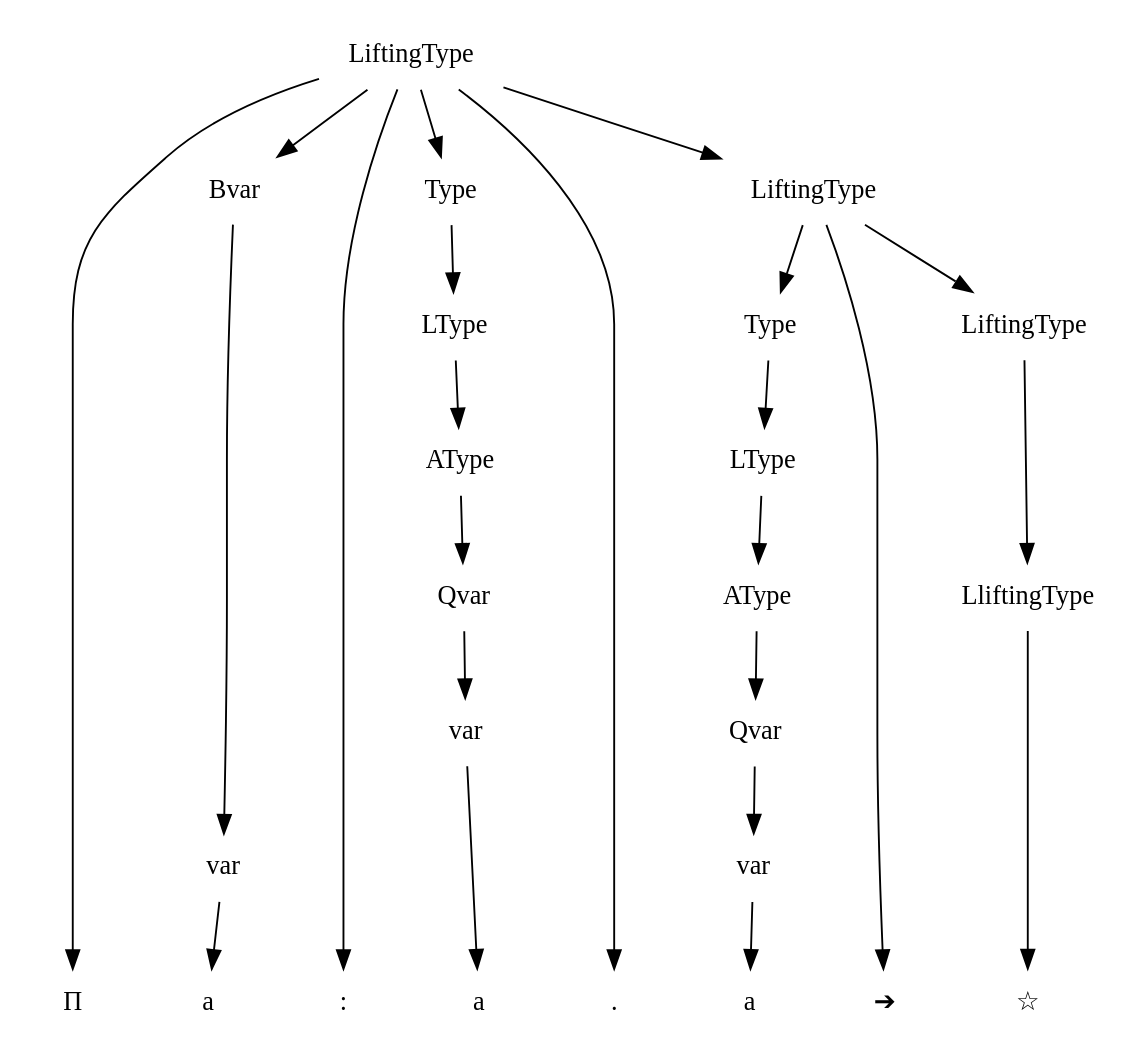
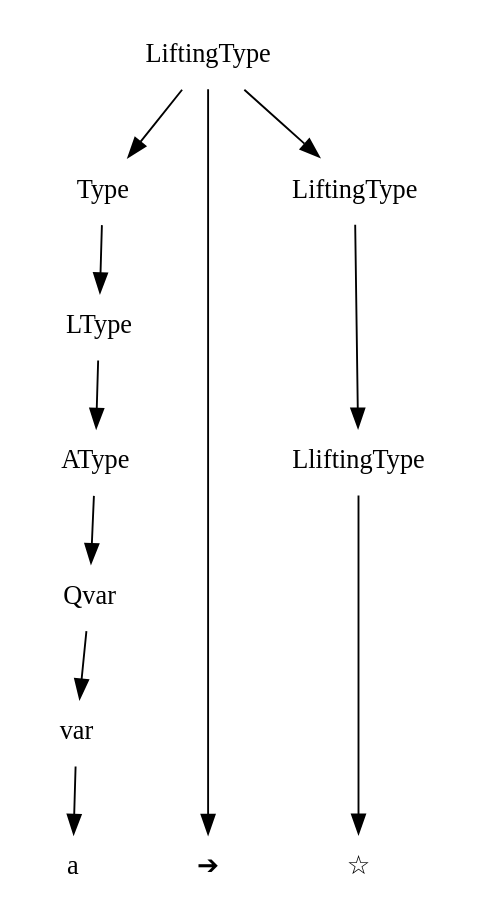
One commit to ernius/cedilleparser changed the diagram in doc/conflicts/derivation.dot. Above: the diagram before and after it, drawn with Graphviz. The commit also changed 8 other files, not shown here.

```diff
--- a/doc/conflicts/derivation.dot
+++ b/doc/conflicts/derivation.dot
@@ -1,40 +1,17 @@
 digraph G {
 
 node [shape=plaintext]
 
-LT1 -> {Π;Bvar;":";Type1;".",LT2}	  
-Bvar -> V1 -> a1
-Type1 -> LType1 -> AType1 -> Qvar1 -> V2 -> a2
 
-LT2 -> {Type2,"➔",LT3}
+LT1 -> {Type,"➔",LT2}
 
-Type2 -> LType2 -> AType2 -> Qvar2 -> V3 -> a3
+Type -> "LType" -> "AType" -> "Qvar" -> "var" -> "a"
 
-LT3 -> "LliftingType" -> "☆"
+LT2 -> "LliftingType" -> "☆"
 
-{rank=same;Π,a1,":",a2,".",a3,"➔","☆"}
+{rank=same;"a","➔","☆"}
 
 LT1 [label = "LiftingType"]
 LT2 [label = "LiftingType"]
-LT3 [label = "LiftingType"]
-
-V1  [label = "var"]
-V2  [label = "var"]
-V3  [label = "var"]
-
-Type1 [label = "Type"]
-Type2 [label = "Type"]
-
-LType1 [label = "LType"]
-LType2 [label = "LType"]
-AType1 [label = "AType"]
-AType2 [label = "AType"]
-Qvar1  [label = "Qvar"]
-Qvar2  [label = "Qvar"] 
-
-a1  [label = "a"]
-a2  [label = "a"]
-a3  [label = "a"]
-
 
 }
```
